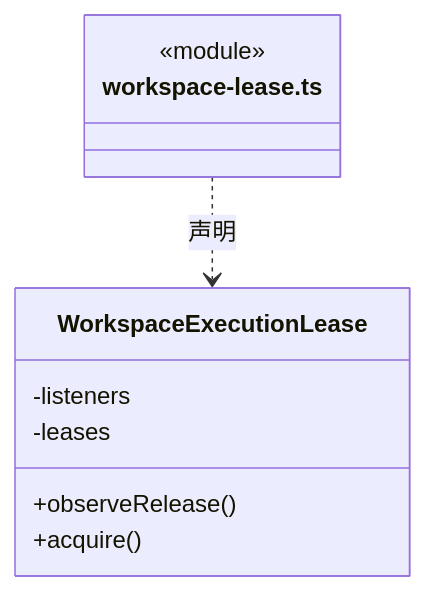
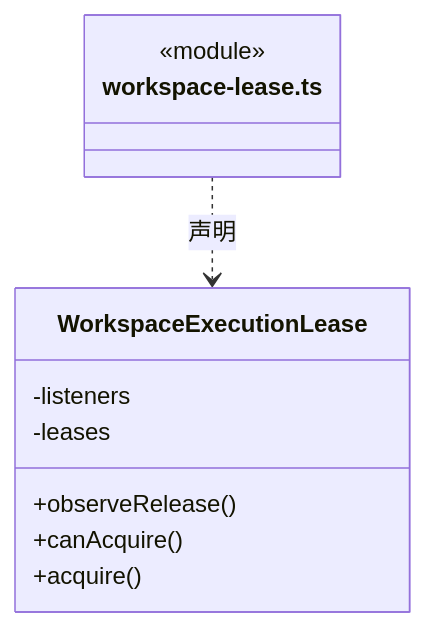
One commit to nan023062/cbim changed diagram 32 of 42 in src/backend/scheduler-engine/execution/ARCHITECTURE.md. Above: the diagram before and after it, drawn with Mermaid. The commit also changed other lines of this file and 70 other files, not shown here.

````diff
--- a/src/backend/scheduler-engine/execution/ARCHITECTURE.md
+++ b/src/backend/scheduler-engine/execution/ARCHITECTURE.md
@@ -862,13 +898,14 @@
 ```mermaid
 classDiagram
 class N_src_backend_scheduler_engine_execution_workspace_lease_ts["workspace-lease.ts"] {
   <<module>>
 }
 class N_src_backend_scheduler_engine_execution_workspace_lease_ts_WorkspaceExecutionLease["WorkspaceExecutionLease"] {
   +observeRelease()
+  +canAcquire()
   +acquire()
   -listeners
   -leases
 }
 N_src_backend_scheduler_engine_execution_workspace_lease_ts ..> N_src_backend_scheduler_engine_execution_workspace_lease_ts_WorkspaceExecutionLease : 声明
 ```
````
